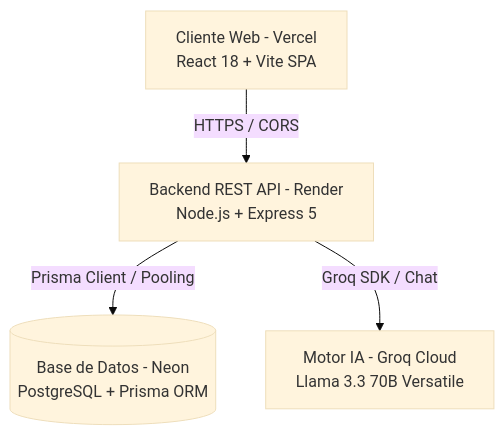
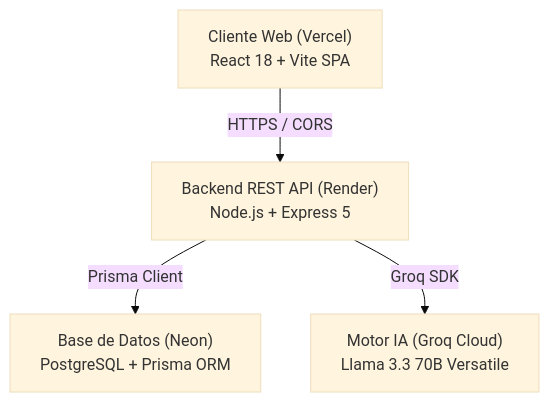
One commit to mirtaveron/tutor-so changed the diagram in README.md. Above: the diagram before and after it, drawn with Mermaid (base theme).

Commit message:
fix: simplify Mermaid node syntax for 100% GitHub compatibility

````diff
--- a/README.md
+++ b/README.md
@@ -21,11 +21,11 @@
 ```mermaid
 flowchart TD
-    Client["Cliente Web - Vercel<br/>React 18 + Vite SPA"]
-    API["Backend REST API - Render<br/>Node.js + Express 5"]
-    DB[("Base de Datos - Neon<br/>PostgreSQL + Prisma ORM")]
-    AI["Motor IA - Groq Cloud<br/>Llama 3.3 70B Versatile"]
+    Client["Cliente Web (Vercel)<br>React 18 + Vite SPA"]
+    API["Backend REST API (Render)<br>Node.js + Express 5"]
+    DB["Base de Datos (Neon)<br>PostgreSQL + Prisma ORM"]
+    AI["Motor IA (Groq Cloud)<br>Llama 3.3 70B Versatile"]
 
     Client -->|HTTPS / CORS| API
-    API -->|Prisma Client / Pooling| DB
-    API -->|Groq SDK / Chat| AI
+    API -->|Prisma Client| DB
+    API -->|Groq SDK| AI
 ```
````
